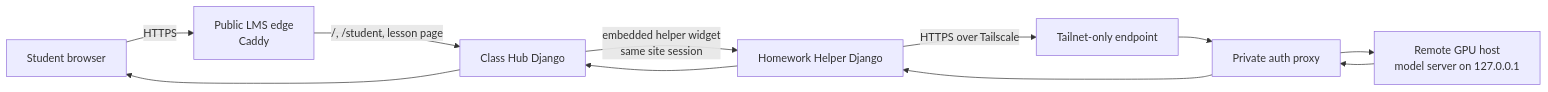
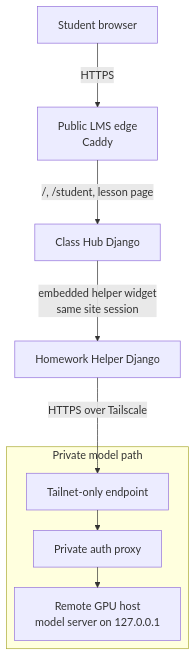
One commit to bseverns/classhub changed the second of 5 diagrams in docs/ARCHITECTURE.md. Above: the diagram before and after it, drawn with Mermaid. The commit also changed other lines of this file, not shown here.

Commit message:
Diagram tweaks

````diff
--- a/docs/ARCHITECTURE.md
+++ b/docs/ARCHITECTURE.md
@@ -31,13 +31,17 @@
 ```mermaid
-flowchart LR
+%%{init: {"flowchart": {"nodeSpacing": 18, "rankSpacing": 20, "defaultRenderer": "elk"}}}%%
+flowchart TB
   S[Student browser] -->|HTTPS| E[Public LMS edge<br/>Caddy]
   E -->|/, /student, lesson page| CH[Class Hub Django]
   CH -->|embedded helper widget<br/>same site session| HH[Homework Helper Django]
-  HH -->|HTTPS over Tailscale| TS[Tailnet-only endpoint]
-  TS --> AP[Private auth proxy]
-  AP --> GPU[Remote GPU host<br/>model server on 127.0.0.1]
-  GPU --> AP
-  AP --> HH
-  HH --> CH
-  CH --> S
+
+  subgraph PRIVATE["Private model path"]
+    direction TB
+    TS[Tailnet-only endpoint]
+    AP[Private auth proxy]
+    GPU[Remote GPU host<br/>model server on 127.0.0.1]
+    TS --> AP --> GPU
+  end
+
+  HH -->|HTTPS over Tailscale| TS
 ```
````
